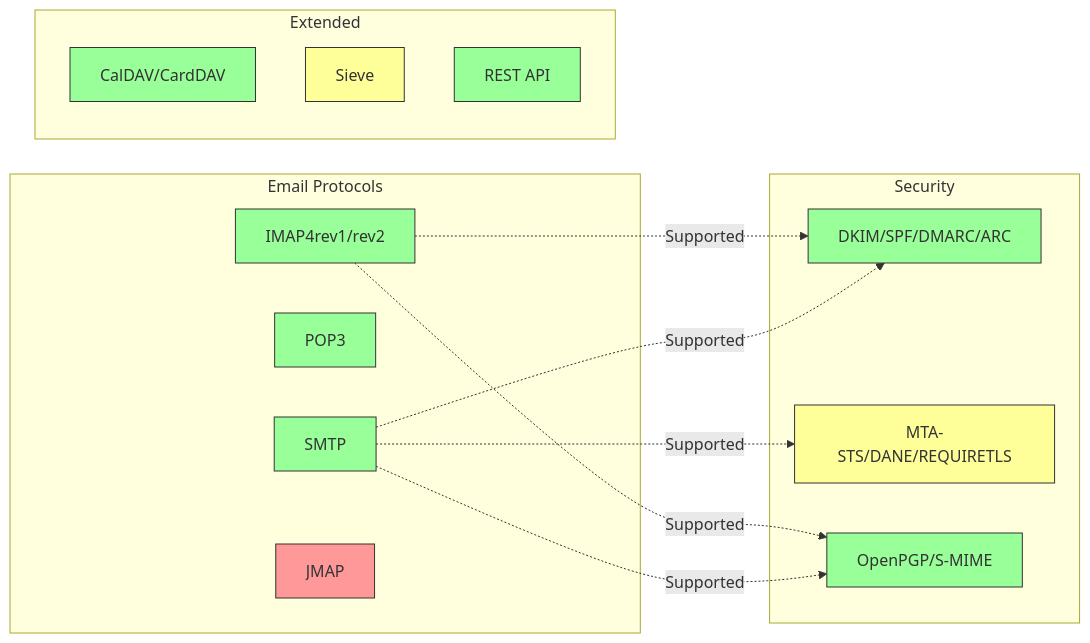
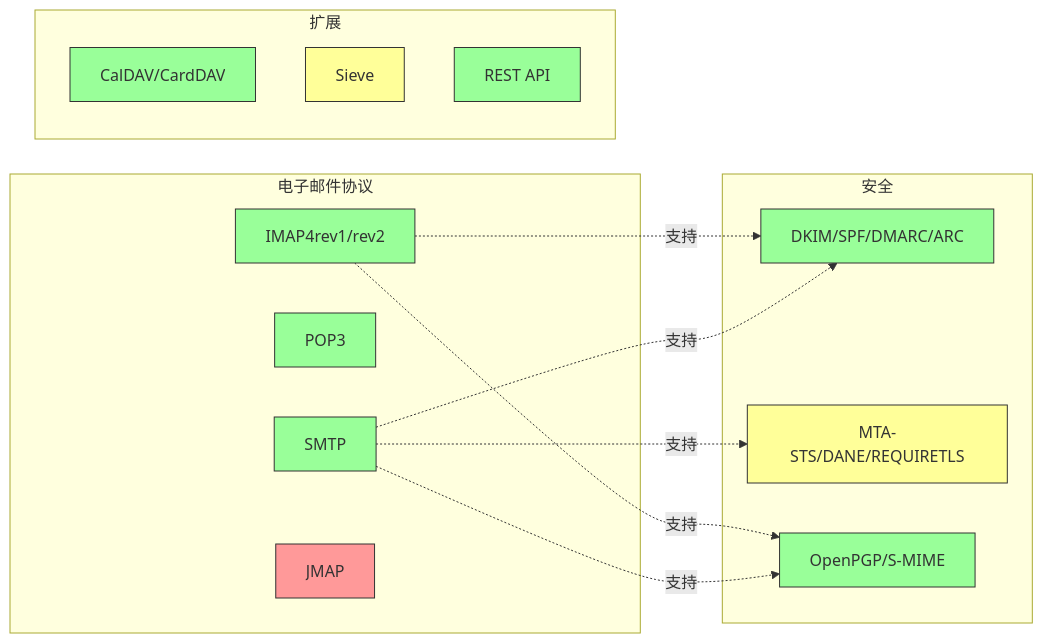
The second of 16 diagrams in app/views/docs/email-protocols-rfc-compliance-imap-smtp-pop3-comparison/index-zh.md (forwardemail/forwardemail.net), drawn with Mermaid before and after one commit. The commit also changed other lines of this file and 1055 other files, not shown here.

````diff
--- a/app/views/docs/email-protocols-rfc-compliance-imap-smtp-pop3-comparison/index-zh.md
+++ b/app/views/docs/email-protocols-rfc-compliance-imap-smtp-pop3-comparison/index-zh.md
@@ -185,38 +185,38 @@
 ```mermaid
 graph LR
-    subgraph "Email Protocols"
+    subgraph "电子邮件协议"
         IMAP[IMAP4rev1/rev2]
         POP3[POP3]
         SMTP[SMTP]
         JMAP[JMAP]
     end
 
-    subgraph "Security"
+    subgraph "安全"
         AUTH[DKIM/SPF/DMARC/ARC]
         TLS[MTA-STS/DANE/REQUIRETLS]
         ENC[OpenPGP/S-MIME]
     end
 
-    subgraph "Extended"
+    subgraph "扩展"
         CAL[CalDAV/CardDAV]
         FILTER[Sieve]
         API[REST API]
     end
 
-    IMAP -.->|Supported| AUTH
-    SMTP -.->|Supported| AUTH
-    SMTP -.->|Supported| TLS
-    IMAP -.->|Supported| ENC
-    SMTP -.->|Supported| ENC
+    IMAP -.->|支持| AUTH
+    SMTP -.->|支持| AUTH
+    SMTP -.->|支持| TLS
+    IMAP -.->|支持| ENC
+    SMTP -.->|支持| ENC
 
     style IMAP fill:#9f9,stroke:#333
     style POP3 fill:#9f9,stroke:#333
     style SMTP fill:#9f9,stroke:#333
     style JMAP fill:#f99,stroke:#333
     style AUTH fill:#9f9,stroke:#333
     style TLS fill:#ff9,stroke:#333
     style ENC fill:#9f9,stroke:#333
     style CAL fill:#9f9,stroke:#333
     style FILTER fill:#ff9,stroke:#333
     style API fill:#9f9,stroke:#333
 ```
````
